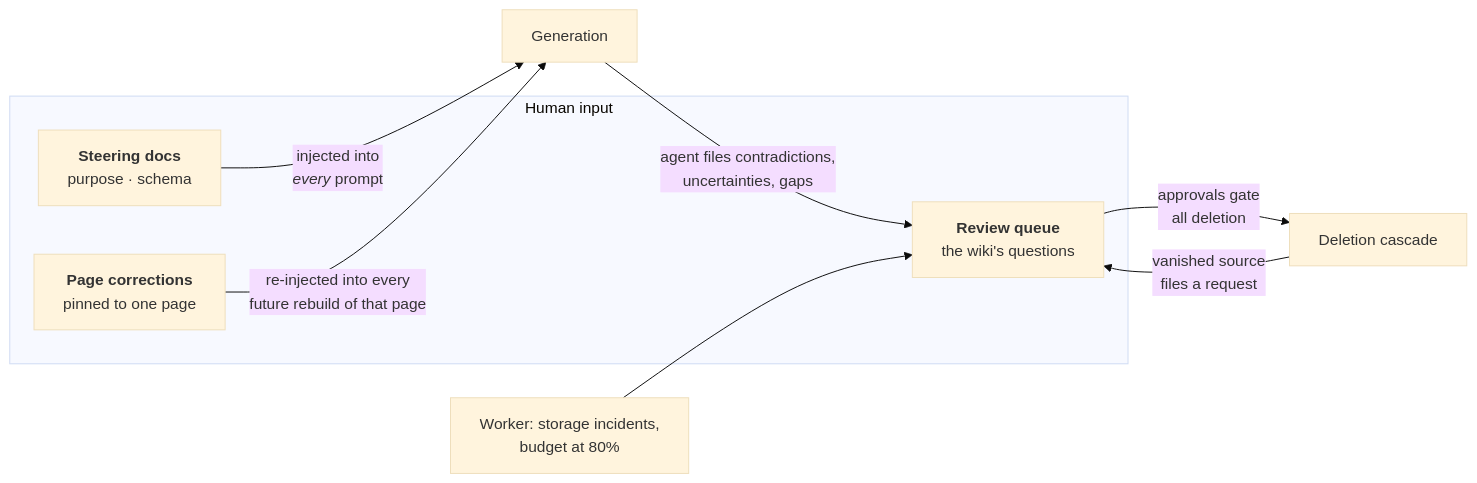
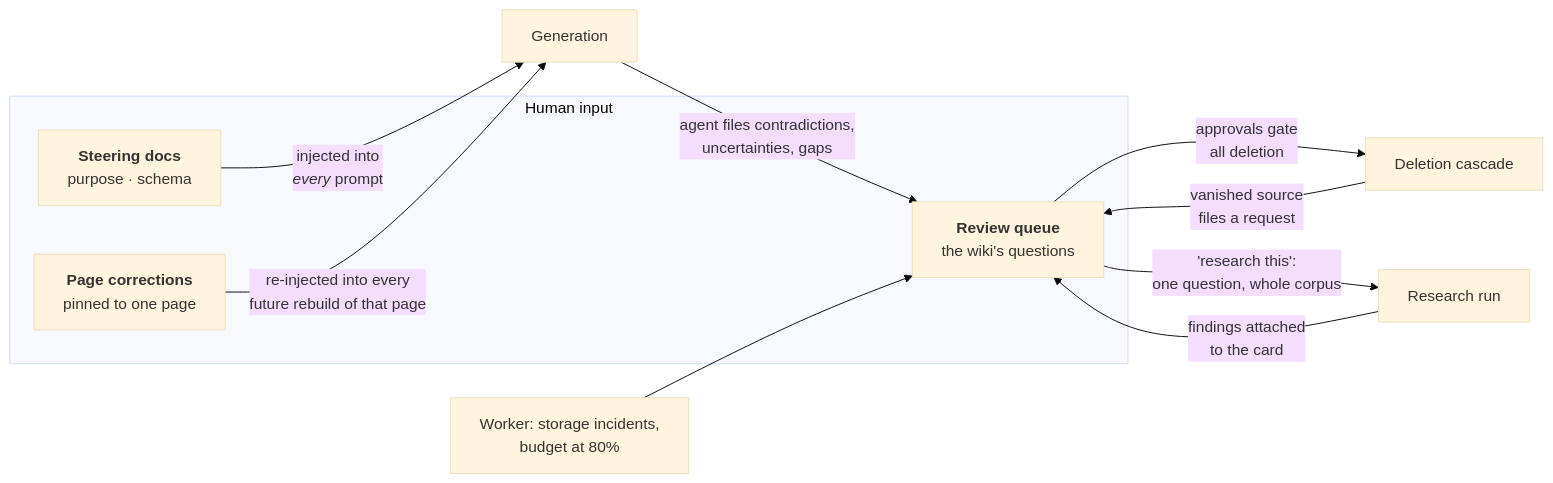
Before and after one commit to daiwa-zou/kiln: diagram 12 of 16 in docs/architecture.md, drawn with Mermaid (base theme). The commit also changed other lines of this file and 24 other files, not shown here.

````diff
--- a/docs/architecture.md
+++ b/docs/architecture.md
@@ -590,16 +594,18 @@
 ```mermaid
 flowchart LR
     subgraph inputs["Human input"]
         S["<b>Steering docs</b><br/>purpose · schema"]
         C["<b>Page corrections</b><br/>pinned to one page"]
         R["<b>Review queue</b><br/>the wiki's questions"]
     end
 
     S -->|"injected into<br/><i>every</i> prompt"| Gen["Generation"]
     C -->|"re-injected into every<br/>future rebuild of that page"| Gen
     R -->|"approvals gate<br/>all deletion"| Del["Deletion cascade"]
 
     Gen -->|"agent files contradictions,<br/>uncertainties, gaps"| R
     Del -->|"vanished source<br/>files a request"| R
     Sys["Worker: storage incidents,<br/>budget at 80%"] --> R
+    R -->|"'research this':<br/>one question, whole corpus"| Res["Research run"]
+    Res -->|"findings attached<br/>to the card"| R
 ```
````
